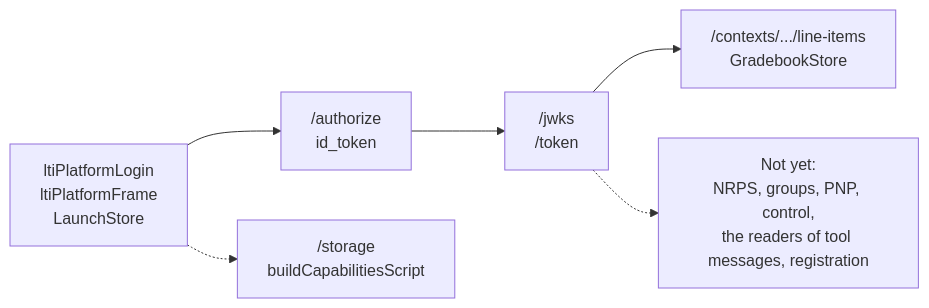
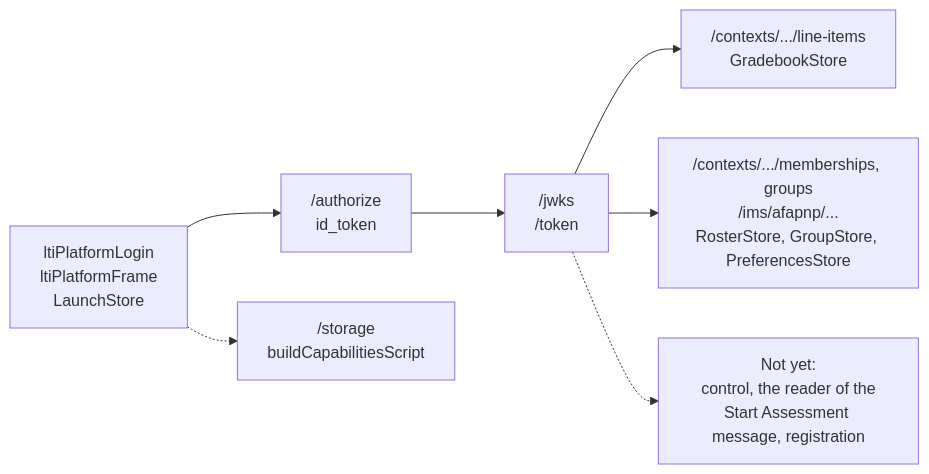
Before and after one commit to interopkit/interopkit: the second of 2 diagrams in docs/tool-integration/supported.md, drawn with Mermaid. The commit also changed other lines of this file and 46 other files, not shown here.

````diff
--- a/docs/tool-integration/supported.md
+++ b/docs/tool-integration/supported.md
@@ -51,8 +51,9 @@
 ```mermaid
 flowchart LR
   login["ltiPlatformLogin<br/>ltiPlatformFrame<br/>LaunchStore"] --> authorize["/authorize<br/>id_token"]
   authorize --> token["/jwks<br/>/token"]
   login -.-> storage["/storage<br/>buildCapabilitiesScript"]
   token --> ags["/contexts/.../line-items<br/>GradebookStore"]
-  token -.-> missing["Not yet:<br/>NRPS, groups, PNP, control,<br/>the readers of tool messages, registration"]
+  token --> roster["/contexts/.../memberships, groups<br/>/ims/afapnp/...<br/>RosterStore, GroupStore, PreferencesStore"]
+  token -.-> missing["Not yet:<br/>control, the reader of the<br/>Start Assessment message, registration"]
 ```
````
